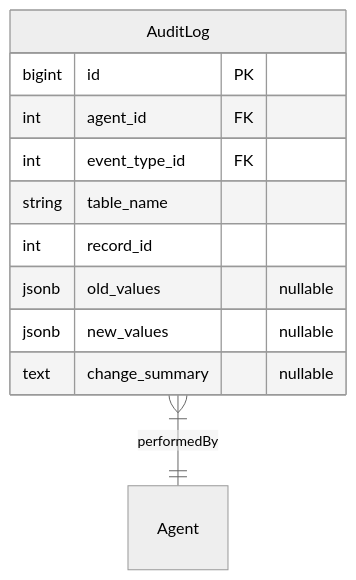
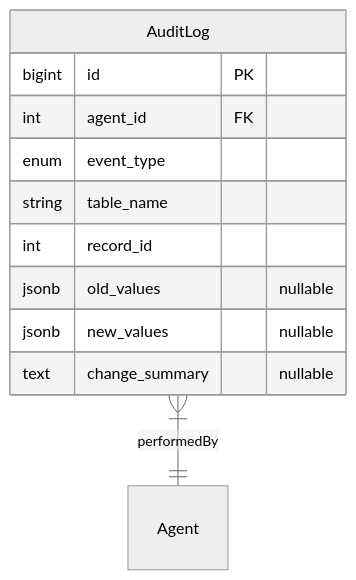
The diagram in source/_mermaid/layer-7c-audit-log.mmd (vicflora/vicflora-docs), drawn with Mermaid (neutral theme) before and after one commit. The commit also changed 15 other files, not shown here.

```diff
--- a/source/_mermaid/layer-7c-audit-log.mmd
+++ b/source/_mermaid/layer-7c-audit-log.mmd
@@ -1,17 +1,17 @@
 ---
 config:
   layout: elk
 ---
 erDiagram
   AuditLog }|--|| Agent : "performedBy"
 
   AuditLog {
     bigint id PK
     int agent_id FK
-    int event_type_id FK
+    enum event_type
     string table_name 
     int record_id 
     jsonb old_values "nullable"
     jsonb new_values "nullable"
     text change_summary "nullable"
   }
```
